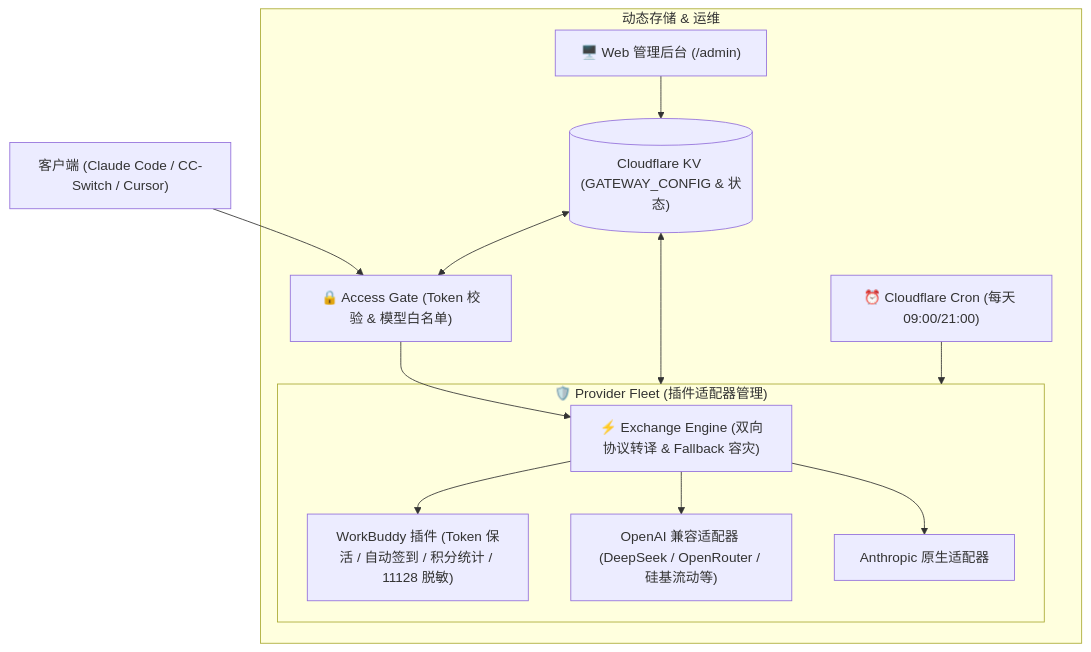
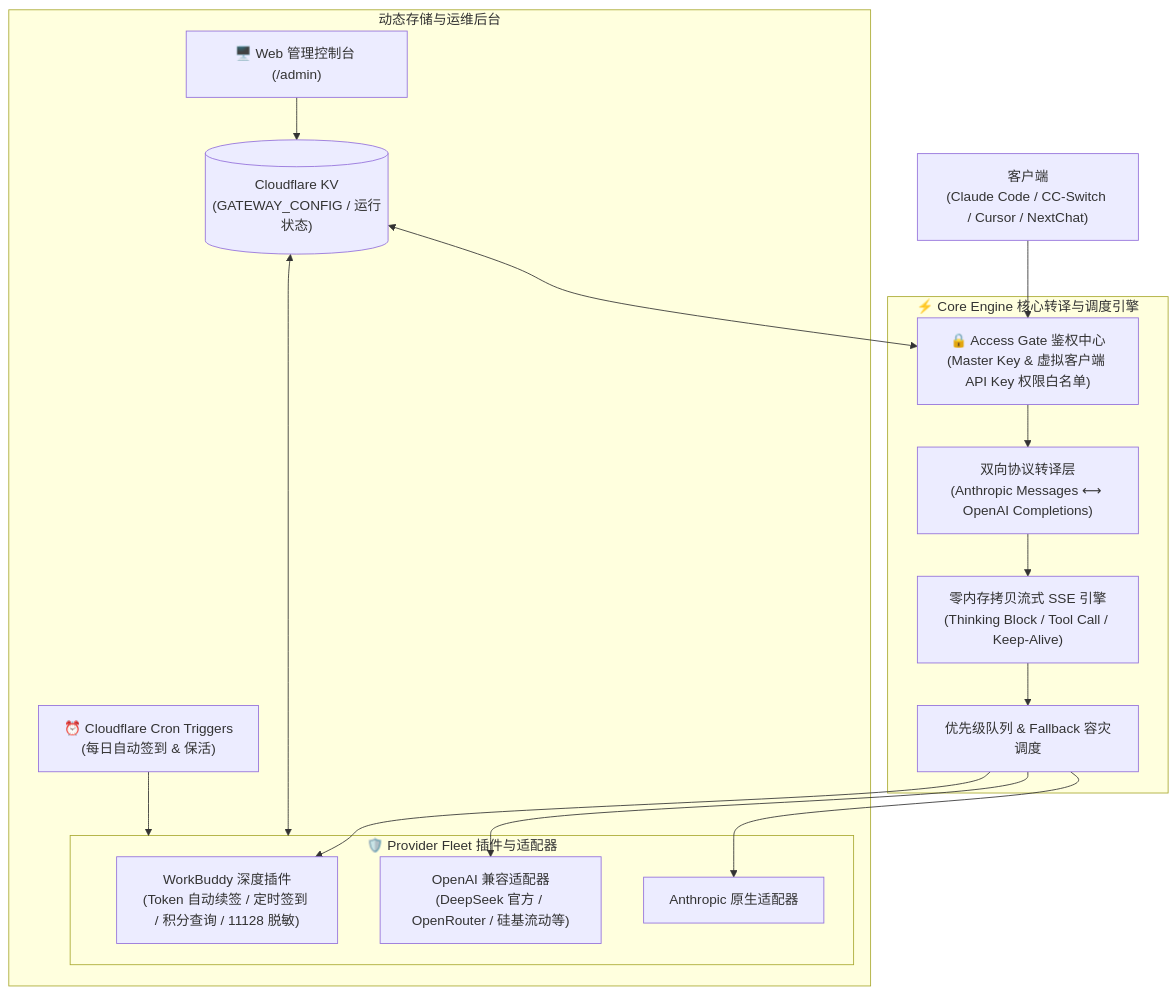
The diagram in README.md (Ericsunsk/Universal-AI-Gateway), drawn with Mermaid before and after one commit. The commit also changed other lines of this file, not shown here.

Commit message:
docs: polish README with full features, comparison table, Cloudflare Git deployment guide, and FAQ

````diff
--- a/README.md
+++ b/README.md
@@ -40,18 +45,23 @@
 ```mermaid
 flowchart TD
-    Client["客户端 (Claude Code / CC-Switch / Cursor)"] --> Gate["🔒 Access Gate (Token 校验 & 模型白名单)"]
-    Gate --> Engine["⚡ Exchange Engine (双向协议转译 & Fallback 容灾)"]
+    Client["客户端<br/>(Claude Code / CC-Switch / Cursor / NextChat)"] --> Gate["🔒 Access Gate 鉴权中心<br/>(Master Key & 虚拟客户端 API Key 权限白名单)"]
     
-    subgraph Fleet ["🛡️ Provider Fleet (插件适配器管理)"]
-        Engine --> P_WorkBuddy["WorkBuddy 插件 (Token 保活 / 自动签到 / 积分统计 / 11128 脱敏)"]
-        Engine --> P_OpenAI["OpenAI 兼容适配器 (DeepSeek / OpenRouter / 硅基流动等)"]
-        Engine --> P_Anthropic["Anthropic 原生适配器"]
+    subgraph Engine ["⚡ Core Engine 核心转译与调度引擎"]
+        Gate --> Trans["双向协议转译层<br/>(Anthropic Messages ⟷ OpenAI Completions)"]
+        Trans --> Stream["零内存拷贝流式 SSE 引擎<br/>(Thinking Block / Tool Call / Keep-Alive)"]
+        Stream --> Fallback["优先级队列 & Fallback 容灾调度"]
     end
-
-    subgraph Storage ["动态存储 & 运维"]
-        KV[("Cloudflare KV (GATEWAY_CONFIG & 状态)")] <--> Gate
+    
+    subgraph Fleet ["🛡️ Provider Fleet 插件与适配器"]
+        Fallback --> P_WB["WorkBuddy 深度插件<br/>(Token 自动续签 / 定时签到 / 积分查询 / 11128 脱敏)"]
+        Fallback --> P_OAI["OpenAI 兼容适配器<br/>(DeepSeek 官方 / OpenRouter / 硅基流动等)"]
+        Fallback --> P_ANT["Anthropic 原生适配器"]
+    end
+    
+    subgraph Storage ["动态存储与运维后台"]
+        KV[("Cloudflare KV<br/>(GATEWAY_CONFIG / 运行状态)")] <--> Gate
         KV <--> Fleet
-        Admin["🖥️ Web 管理后台 (/admin)"] --> KV
-        Cron["⏰ Cloudflare Cron (每天 09:00/21:00)"] --> Fleet
+        Admin["🖥️ Web 管理控制台 (/admin)"] --> KV
+        Cron["⏰ Cloudflare Cron Triggers<br/>(每日自动签到 & 保活)"] --> Fleet
     end
 ```
````
